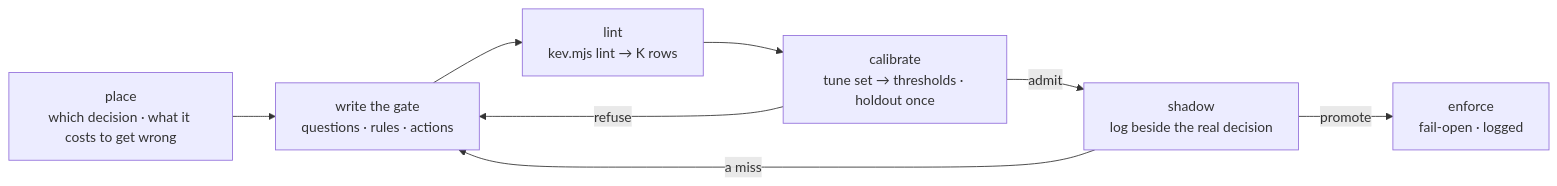
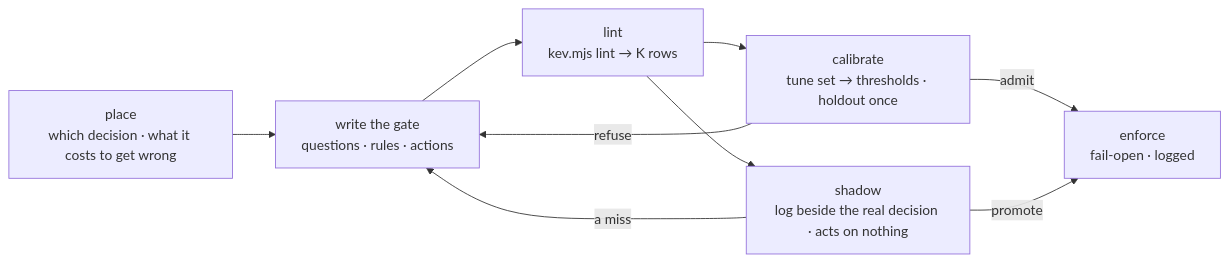
Before and after one commit to Busy-Office/ai-skills: the diagram in skills/kev-gate/SKILL.md, drawn with Mermaid. The commit also changed other lines of this file and 2 other files, not shown here.

First line of the commit message:
kev-gate: shadow needs a clean lint, enforce needs both records

````diff
--- a/skills/kev-gate/SKILL.md
+++ b/skills/kev-gate/SKILL.md
@@ -20,10 +20,11 @@
 ```mermaid
 flowchart LR
   A["place<br/>which decision · what it costs to get wrong"] --> B["write the gate<br/>questions · rules · actions"]
   B --> C["lint<br/>kev.mjs lint → K rows"]
   C --> D["calibrate<br/>tune set → thresholds · holdout once"]
+  C --> E["shadow<br/>log beside the real decision · acts on nothing"]
   D -- refuse --> B
-  D -- admit --> E["shadow<br/>log beside the real decision"]
-  E -- promote --> F["enforce<br/>fail-open · logged"]
   E -- a miss --> B
+  D -- admit --> F["enforce<br/>fail-open · logged"]
+  E -- promote --> F
 ```
````
